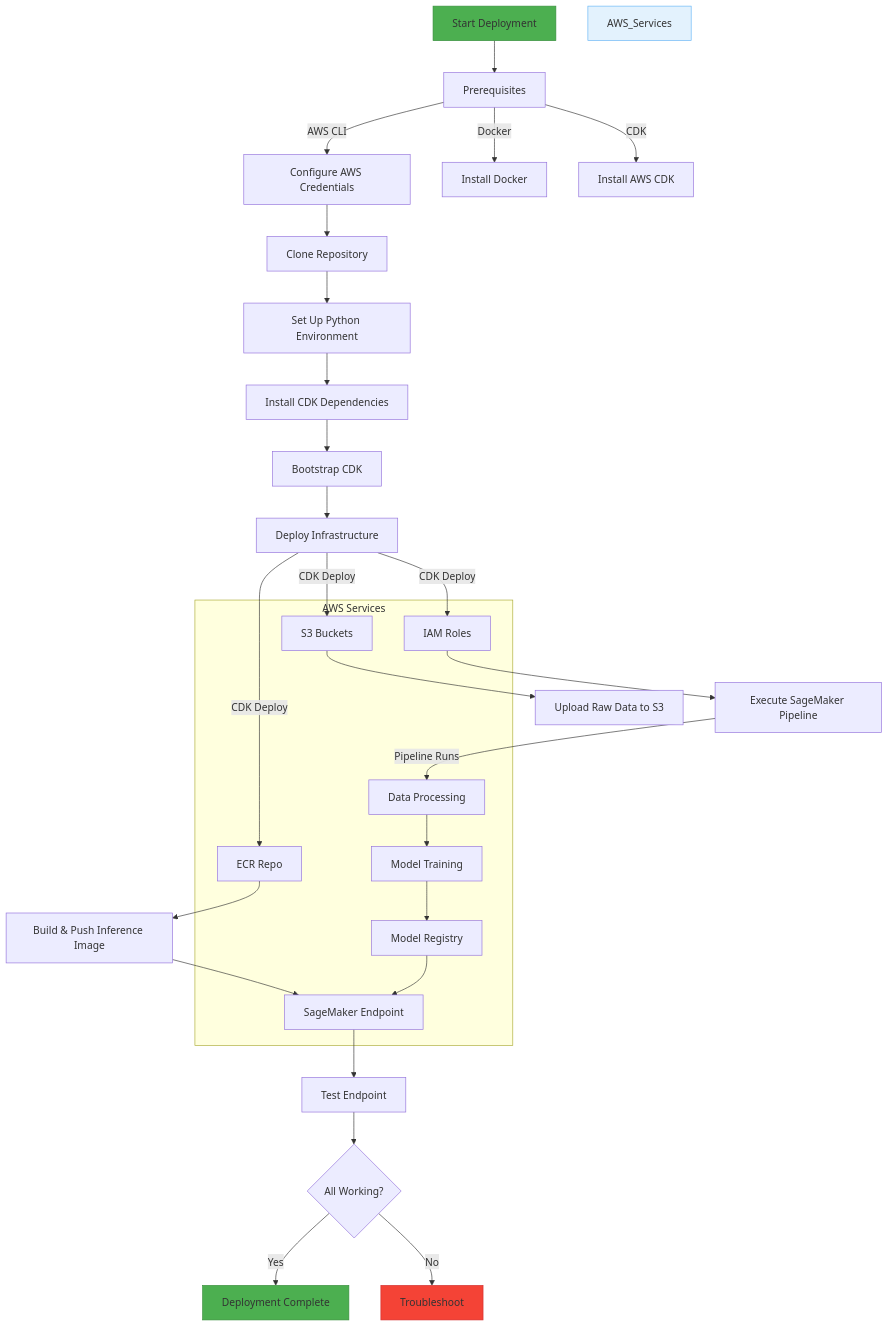
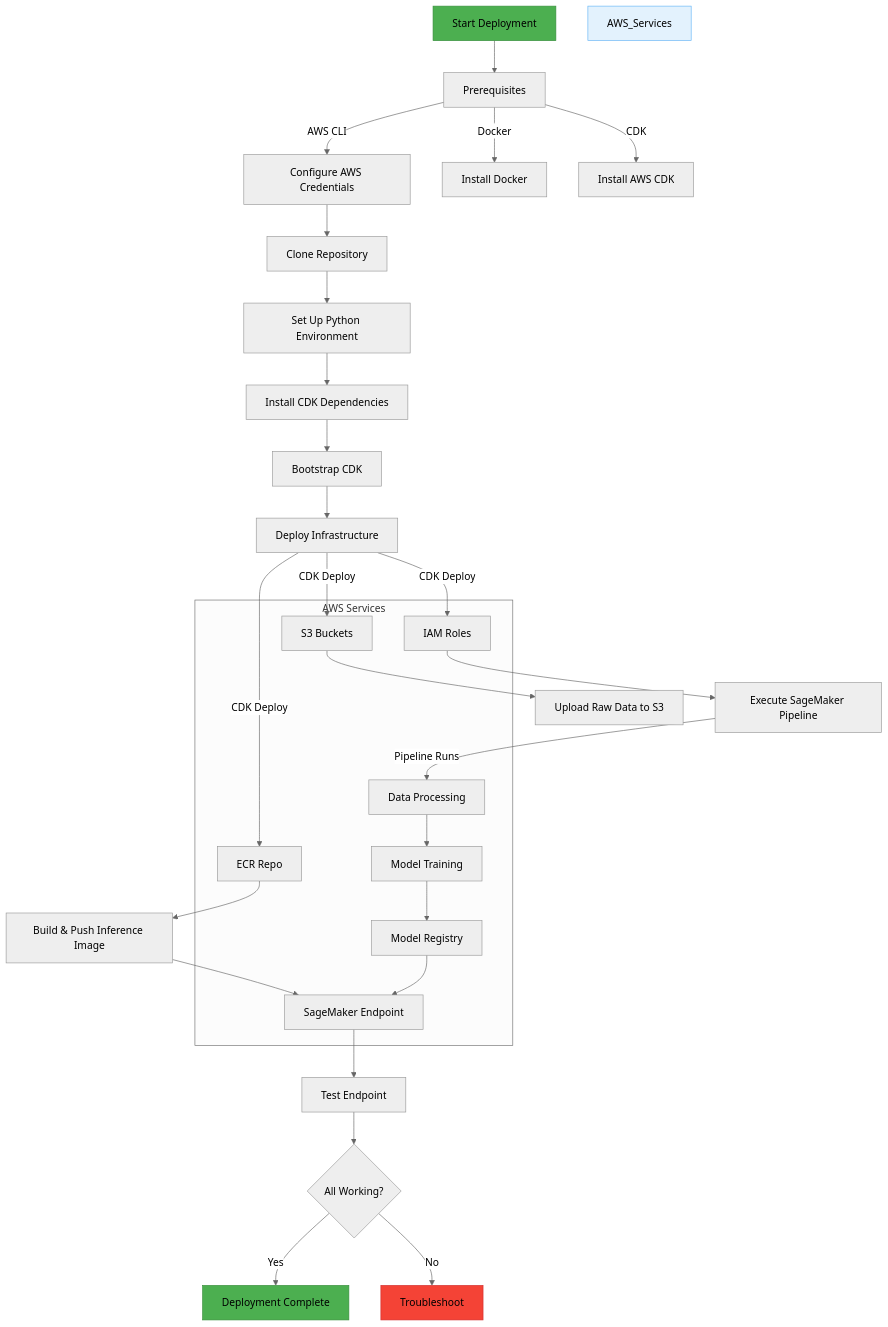
The diagram in README.md (Rocosso/titanic-ml-pipeline), drawn with Mermaid before and after one commit.

Commit message:
Docs(Update): README.md

````diff
--- a/README.md
+++ b/README.md
@@ -32,40 +30,42 @@
 ```mermaid
+%%{init: {'theme': 'neutral', 'fontFamily': 'Arial', 'gantt': {'barHeight': 20}}}%%
+
 flowchart TD
     A[Start Deployment] --> B[Prerequisites]
     B -->|AWS CLI| C[Configure AWS Credentials]
     B -->|Docker| D[Install Docker]
     B -->|CDK| E[Install AWS CDK]
     C --> F[Clone Repository]
     F --> G[Set Up Python Environment]
     G --> H[Install CDK Dependencies]
     H --> I[Bootstrap CDK]
     I --> J[Deploy Infrastructure]
     J -->|CDK Deploy| K[Create S3 Buckets]
     J -->|CDK Deploy| L[Create IAM Roles]
     J -->|CDK Deploy| M[Create ECR Repository]
     K --> N[Upload Raw Data to S3]
     L --> O[Execute SageMaker Pipeline]
     M --> P[Build & Push Inference Image]
     O -->|Pipeline Runs| Q[Processing Job]
     Q --> R[Training Job]
     R --> S[Model Registration]
     P --> T[Deploy Endpoint]
     S --> T
     T --> U[Test Endpoint]
     U --> V{All Working?}
     V -->|Yes| W[Deployment Complete]
     V -->|No| X[Troubleshoot]
     subgraph AWS Services
         K[S3 Buckets]
         L[IAM Roles]
         M[ECR Repo]
         Q[Data Processing]
         R[Model Training]
         S[Model Registry]
         T[SageMaker Endpoint]
     end
     style A fill:#4CAF50,stroke:#388E3C
     style W fill:#4CAF50,stroke:#388E3C
     style X fill:#F44336,stroke:#D32F2F
     style AWS_Services fill:#E3F2FD,stroke:#64B5F6
 ```
````
